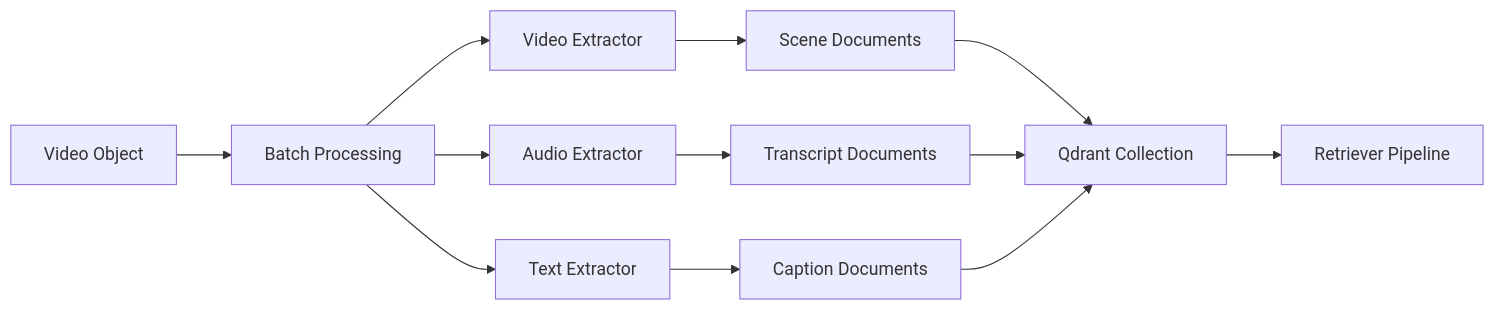
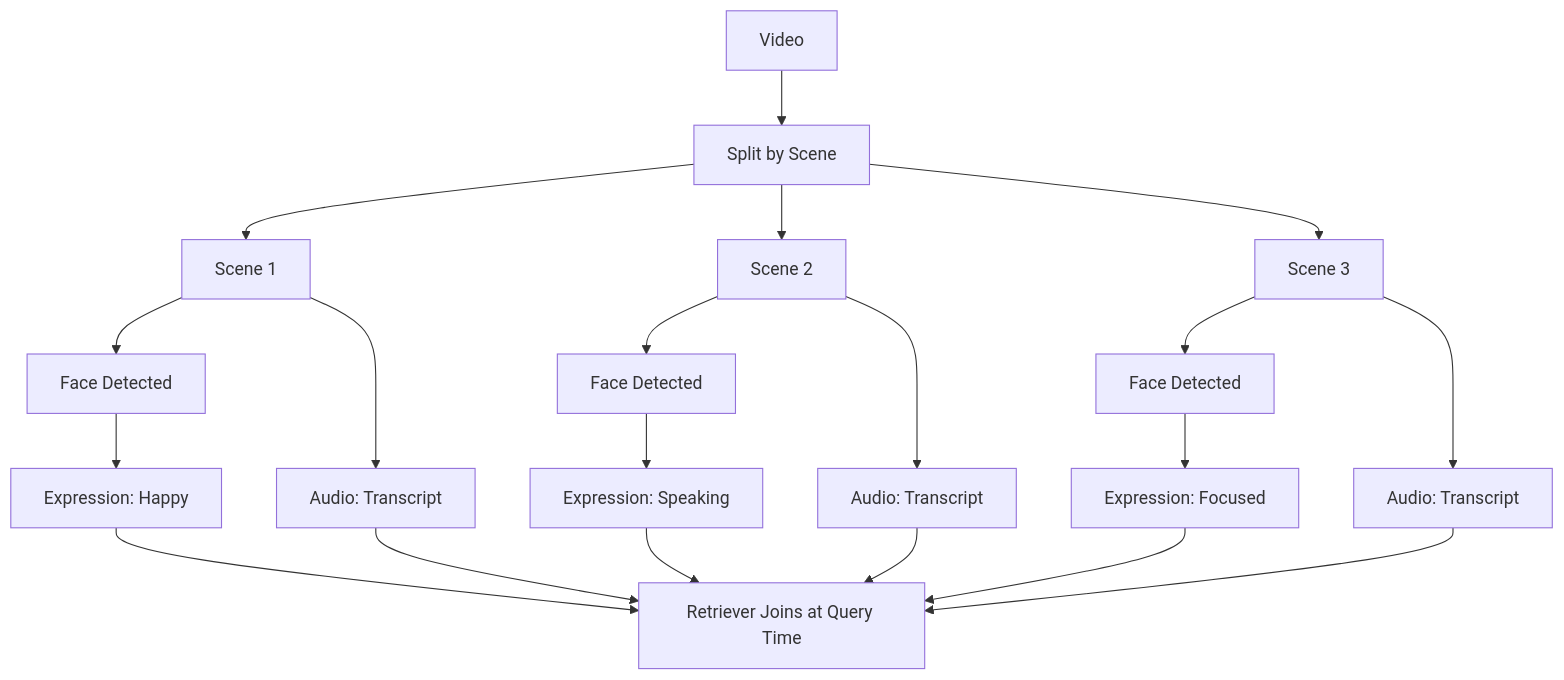
One commit to mixpeek/docs changed the diagram in patterns/video-understanding.mdx. Above: the diagram before and after it, drawn with Mermaid. The commit also changed other lines of this file and 2 other files, not shown here.

````diff
--- a/patterns/video-understanding.mdx
+++ b/patterns/video-understanding.mdx
@@ -32,14 +32,27 @@
 ```mermaid
-graph LR
-  V[Video Object] --> B[Batch Processing]
-  B --> E1[Video Extractor]
-  B --> E2[Audio Extractor]
-  B --> E3[Text Extractor]
-  E1 --> D1[Scene Documents]
-  E2 --> D2[Transcript Documents]
-  E3 --> D3[Caption Documents]
-  D1 --> Q[Qdrant Collection]
-  D2 --> Q
-  D3 --> Q
-  Q --> R[Retriever Pipeline]
+graph TD
+  V[Video] --> S[Split by Scene]
+  
+  S --> S1[Scene 1]
+  S --> S2[Scene 2]
+  S --> S3[Scene 3]
+  
+  S1 --> F1[Face Detected]
+  S2 --> F2[Face Detected]
+  S3 --> F3[Face Detected]
+  
+  F1 --> E1[Expression: Happy]
+  F2 --> E2[Expression: Speaking]
+  F3 --> E3[Expression: Focused]
+  
+  S1 --> A1[Audio: Transcript]
+  S2 --> A2[Audio: Transcript]
+  S3 --> A3[Audio: Transcript]
+  
+  E1 --> R[Retriever Joins at Query Time]
+  E2 --> R
+  E3 --> R
+  A1 --> R
+  A2 --> R
+  A3 --> R
 ```
````
